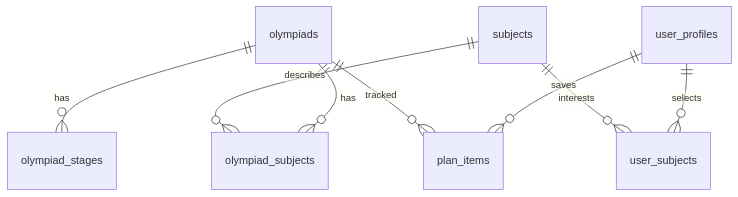
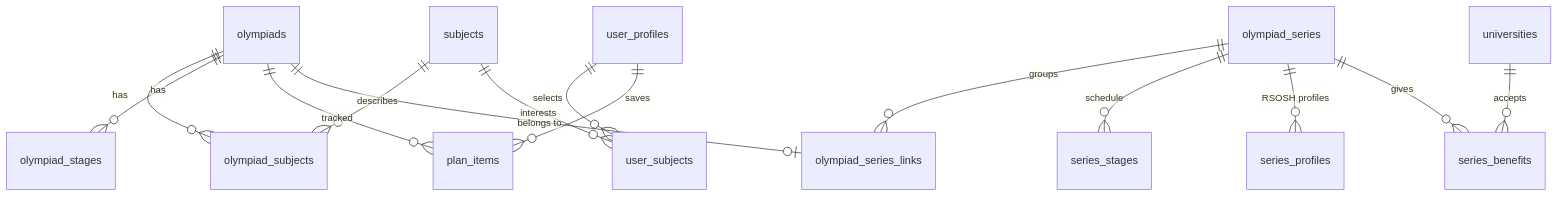
Before and after one commit to Gleb-hack/olimpmax: the diagram in docs/DATA_MODEL.md, drawn with Mermaid. The commit also changed other lines of this file and 45 other files, not shown here.

````diff
--- a/docs/DATA_MODEL.md
+++ b/docs/DATA_MODEL.md
@@ -5,10 +5,16 @@
 ```mermaid
 erDiagram
   olympiads ||--o{ olympiad_subjects : has
   subjects ||--o{ olympiad_subjects : describes
   olympiads ||--o{ olympiad_stages : has
   user_profiles ||--o{ user_subjects : selects
   subjects ||--o{ user_subjects : interests
   user_profiles ||--o{ plan_items : saves
   olympiads ||--o{ plan_items : tracked
+  olympiad_series ||--o{ olympiad_series_links : groups
+  olympiads ||--o| olympiad_series_links : "belongs to"
+  olympiad_series ||--o{ series_stages : schedule
+  olympiad_series ||--o{ series_profiles : "RSOSH profiles"
+  olympiad_series ||--o{ series_benefits : gives
+  universities ||--o{ series_benefits : accepts
 ```
````
